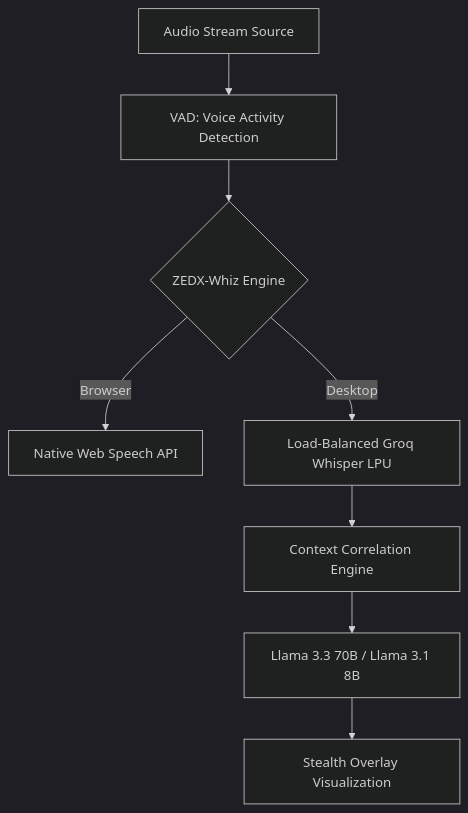
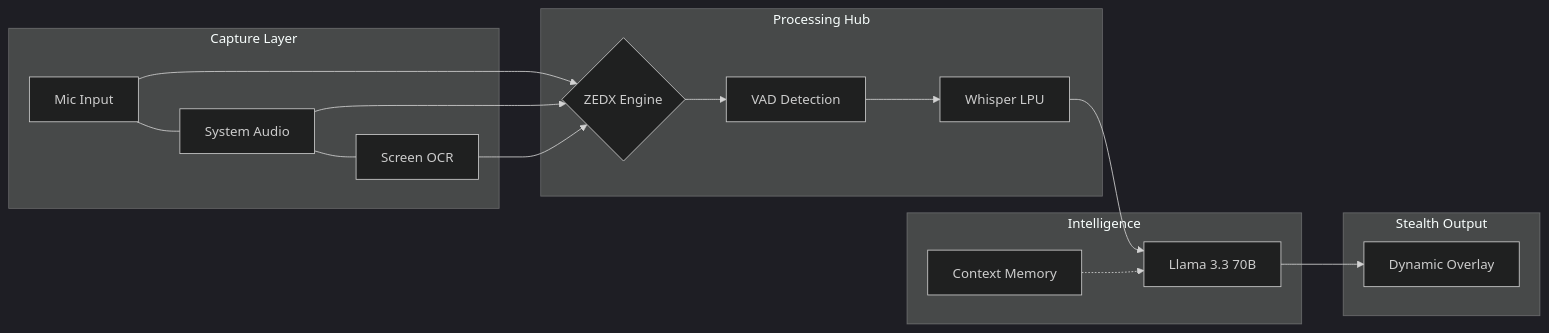
Before and after one commit to ziademad02153/ZEDX-AI-Assistant: the diagram in README.md, drawn with Mermaid (dark theme). The commit also changed other lines of this file, not shown here.

````diff
--- a/README.md
+++ b/README.md
@@ -30,10 +30,27 @@
 ```mermaid
-graph TD
-    A[Audio Stream Source] --> B[VAD: Voice Activity Detection]
-    B --> C{ZEDX-Whiz Engine}
-    C -->|Browser| D[Native Web Speech API]
-    C -->|Desktop| E[Load-Balanced Groq Whisper LPU]
-    E --> F[Context Correlation Engine]
-    F --> G[Llama 3.3 70B / Llama 3.1 8B]
-    G --> H[Stealth Overlay Visualization]
+graph LR
+    subgraph "Capture Layer"
+        A[Mic Input] --- B[System Audio]
+        B --- C[Screen OCR]
+    end
+
+    subgraph "Processing Hub"
+        D{ZEDX Engine}
+        E[VAD Detection]
+        F[Whisper LPU]
+    end
+
+    subgraph "Intelligence"
+        G[Llama 3.3 70B]
+        H[Context Memory]
+    end
+
+    subgraph "Stealth Output"
+        I[Dynamic Overlay]
+    end
+
+    A & B & C --> D
+    D --> E --> F --> G
+    H -.-> G
+    G --> I
 ```
````
